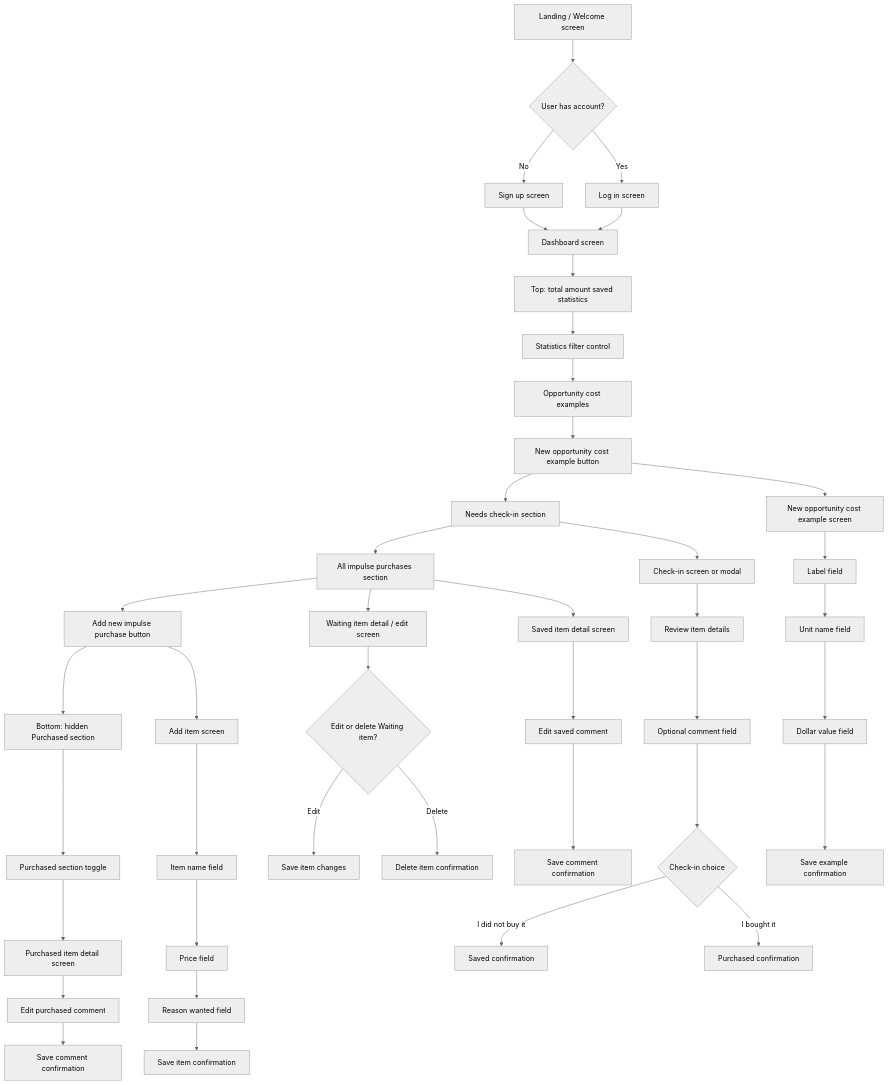
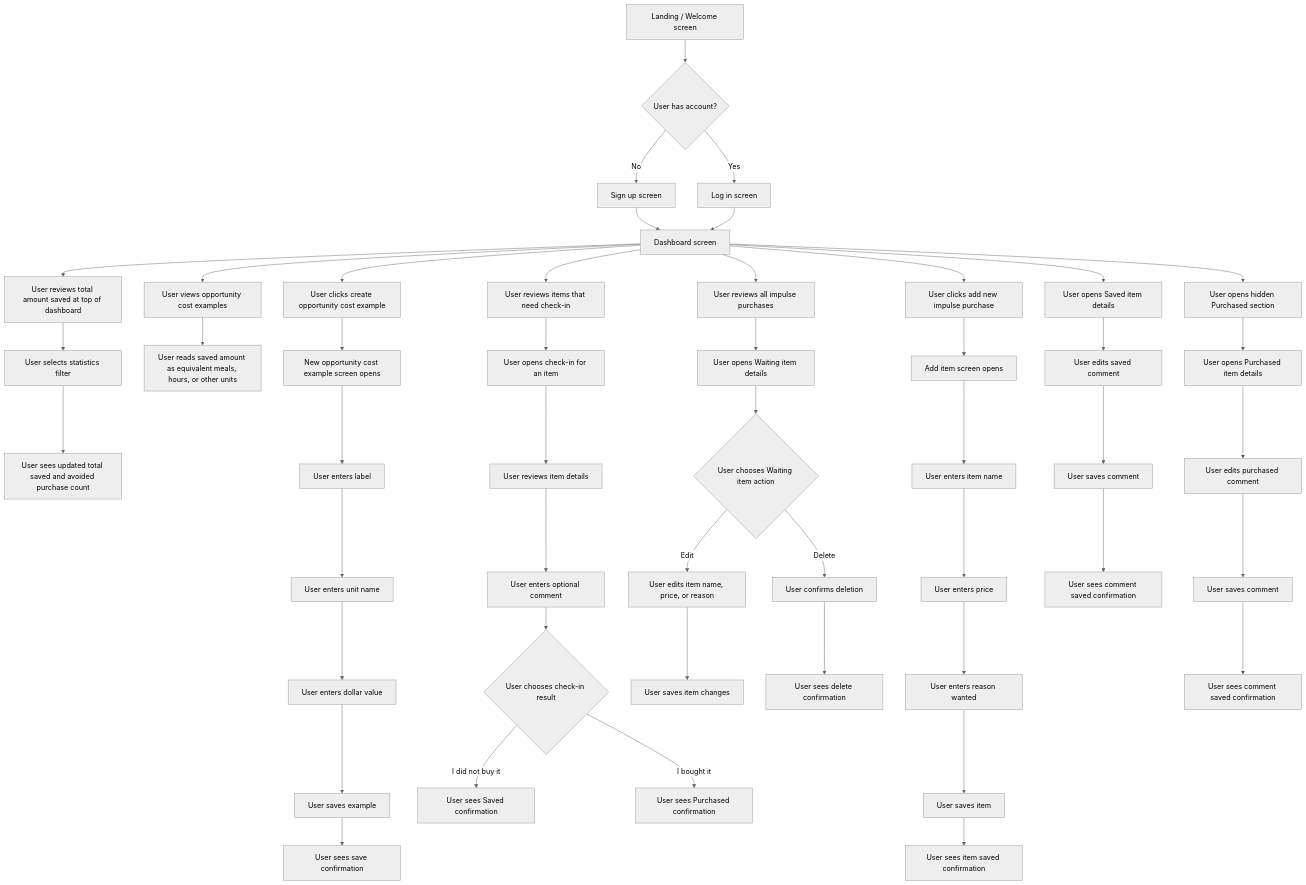
Before and after one commit to angelah9178/penny-saved: the diagram in planning/FLOW-002-screen-flowcharts.md, drawn with Mermaid (neutral theme). The commit also changed 1 other file, not shown here.

Commit message:
Update flowcharts to have one branch per action

````diff
--- a/planning/FLOW-002-screen-flowcharts.md
+++ b/planning/FLOW-002-screen-flowcharts.md
@@ -5,50 +5,58 @@
 ```mermaid
 flowchart TD
     A[Landing / Welcome screen] --> B{User has account?}
     B -- No --> C[Sign up screen]
     B -- Yes --> D[Log in screen]
     C --> E[Dashboard screen]
     D --> E
 
-    E --> F[Top: total amount saved statistics]
-    F --> G[Statistics filter control]
-    G --> H[Opportunity cost examples]
-    H --> I[New opportunity cost example button]
-    I --> J[Needs check-in section]
-    J --> K[All impulse purchases section]
-    K --> L[Add new impulse purchase button]
-    L --> M[Bottom: hidden Purchased section]
-    M --> N[Purchased section toggle]
+    E --> F[User reviews total amount saved at top of dashboard]
+    F --> G[User selects statistics filter]
+    G --> H[User sees updated total saved and avoided purchase count]
 
-    I --> O[New opportunity cost example screen]
-    O --> P[Label field]
-    P --> Q[Unit name field]
-    Q --> R[Dollar value field]
-    R --> S[Save example confirmation]
+    E --> I[User views opportunity cost examples]
+    I --> J[User reads saved amount as equivalent meals, hours, or other units]
 
-    J --> T[Check-in screen or modal]
-    T --> U[Review item details]
-    U --> V[Optional comment field]
-    V --> W{Check-in choice}
-    W -- I did not buy it --> X[Saved confirmation]
-    W -- I bought it --> Y[Purchased confirmation]
+    E --> K[User clicks create opportunity cost example]
+    K --> L[New opportunity cost example screen opens]
+    L --> M[User enters label]
+    M --> N[User enters unit name]
+    N --> O[User enters dollar value]
+    O --> P[User saves example]
+    P --> Q[User sees save confirmation]
 
-    L --> Z[Add item screen]
-    Z --> AA[Item name field]
-    AA --> AB[Price field]
-    AB --> AC[Reason wanted field]
-    AC --> AD[Save item confirmation]
+    E --> R[User reviews items that need check-in]
+    R --> S[User opens check-in for an item]
+    S --> T[User reviews item details]
+    T --> U[User enters optional comment]
+    U --> V{User chooses check-in result}
+    V -- I did not buy it --> W[User sees Saved confirmation]
+    V -- I bought it --> X[User sees Purchased confirmation]
 
-    K --> AE[Waiting item detail / edit screen]
-    AE --> AF{Edit or delete Waiting item?}
-    AF -- Edit --> AG[Save item changes]
-    AF -- Delete --> AH[Delete item confirmation]
+    E --> Y[User reviews all impulse purchases]
+    Y --> Z[User opens Waiting item details]
+    Z --> AA{User chooses Waiting item action}
+    AA -- Edit --> AB[User edits item name, price, or reason]
+    AB --> AC[User saves item changes]
+    AA -- Delete --> AD[User confirms deletion]
+    AD --> AE[User sees delete confirmation]
 
-    K --> AI[Saved item detail screen]
-    AI --> AJ[Edit saved comment]
-    AJ --> AK[Save comment confirmation]
+    E --> AF[User clicks add new impulse purchase]
+    AF --> AG[Add item screen opens]
+    AG --> AH[User enters item name]
+    AH --> AI[User enters price]
+    AI --> AJ[User enters reason wanted]
+    AJ --> AK[User saves item]
+    AK --> AL[User sees item saved confirmation]
 
-    N --> AL[Purchased item detail screen]
-    AL --> AM[Edit purchased comment]
-    AM --> AN[Save comment confirmation]
+    E --> AM[User opens Saved item details]
+    AM --> AN[User edits saved comment]
+    AN --> AO[User saves comment]
+    AO --> AP[User sees comment saved confirmation]
+
+    E --> AQ[User opens hidden Purchased section]
+    AQ --> AR[User opens Purchased item details]
+    AR --> AS[User edits purchased comment]
+    AS --> AT[User saves comment]
+    AT --> AU[User sees comment saved confirmation]
 ```
````
